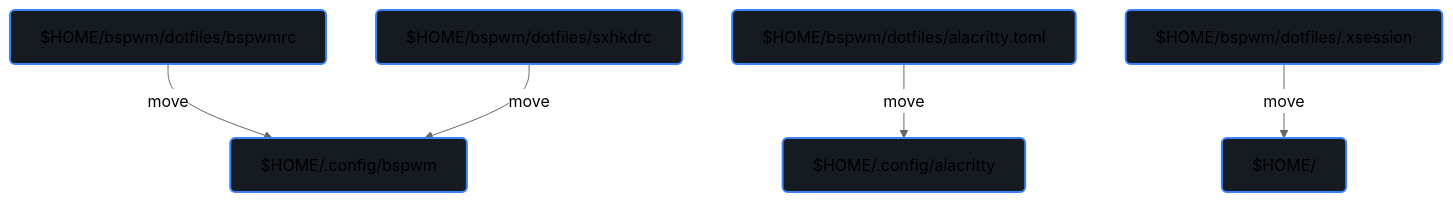
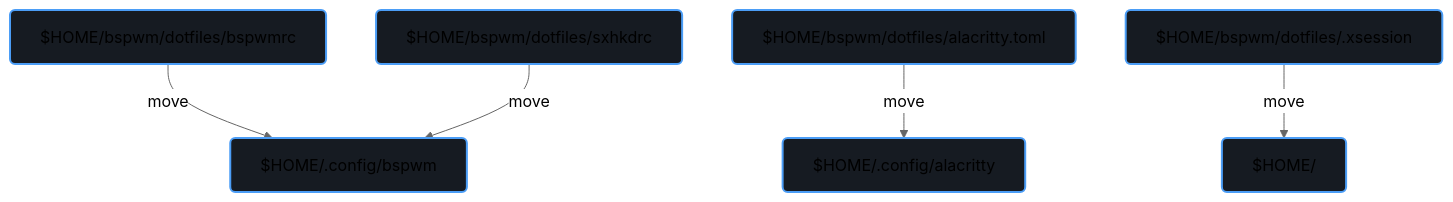
Before and after one commit to driversline/dotfiles: the diagram in README.md, drawn with Mermaid (neutral theme).

````diff
--- a/README.md
+++ b/README.md
@@ -9,15 +9,15 @@
 ```mermaid
 graph TD;
-    style bspwmrc fill:#161b22,stroke:#3b82f6,stroke-width:2px,rx:5,ry:5;
-    style sxhkdrc fill:#161b22,stroke:#3b82f6,stroke-width:2px,rx:5,ry:5;
-    style alacritty_toml fill:#161b22,stroke:#3b82f6,stroke-width:2px,rx:5,ry:5;
-    style xsession fill:#161b22,stroke:#3b82f6,stroke-width:2px,rx:5,ry:5;
-    style bspwm_config fill:#161b22,stroke:#3b82f6,stroke-width:2px,rx:5,ry:5;
-    style alacritty_config fill:#161b22,stroke:#3b82f6,stroke-width:2px,rx:5,ry:5;
-    style home fill:#161b22,stroke:#3b82f6,stroke-width:2px,rx:5,ry:5;
+    style bspwmrc fill:#161b22,stroke:#4b9df6,stroke-width:2px,rx:5,ry:5;
+    style sxhkdrc fill:#161b22,stroke:#4b9df6,stroke-width:2px,rx:5,ry:5;
+    style alacritty_toml fill:#161b22,stroke:#4b9df6,stroke-width:2px,rx:5,ry:5;
+    style xsession fill:#161b22,stroke:#4b9df6,stroke-width:2px,rx:5,ry:5;
+    style bspwm_config fill:#161b22,stroke:#4b9df6,stroke-width:2px,rx:5,ry:5;
+    style alacritty_config fill:#161b22,stroke:#4b9df6,stroke-width:2px,rx:5,ry:5;
+    style home fill:#161b22,stroke:#4b9df6,stroke-width:2px,rx:5,ry:5;
 
     bspwmrc["$HOME/bspwm/dotfiles/bspwmrc"] -->|move| bspwm_config["$HOME/.config/bspwm"]
     sxhkdrc["$HOME/bspwm/dotfiles/sxhkdrc"] -->|move| bspwm_config
     alacritty_toml["$HOME/bspwm/dotfiles/alacritty.toml"] -->|move| alacritty_config["$HOME/.config/alacritty"]
     xsession["$HOME/bspwm/dotfiles/.xsession"] -->|move| home["$HOME/"]
 ```
````
